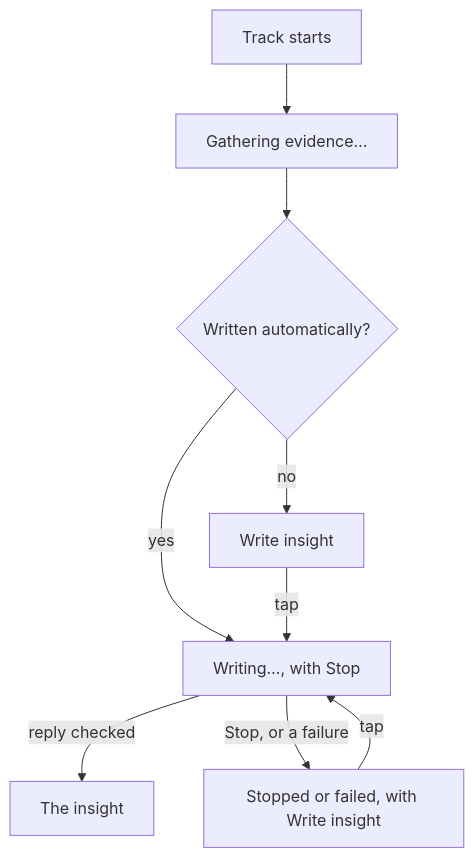
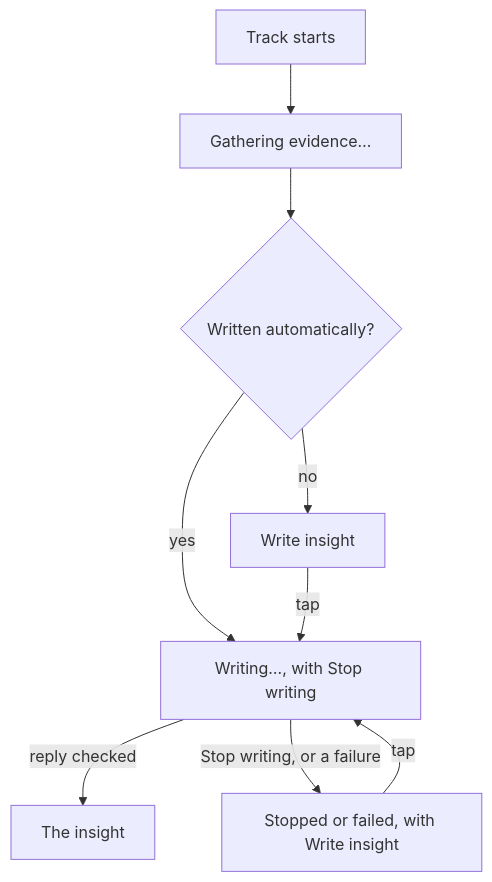
Before and after one commit to wkusnierczyk/sleevesight: the diagram in docs/tutorials/usage/index.md, drawn with Mermaid. The commit also changed other lines of this file and 41 other files, not shown here.

First line of the commit message:
[BUG] Insight card: Write insight or Rewrite insight only; modes On demand, On track change (auto), On track skip (auto) (#641)

````diff
--- a/docs/tutorials/usage/index.md
+++ b/docs/tutorials/usage/index.md
@@ -166,11 +166,11 @@
 ```mermaid
 flowchart TD
   A[Track starts] --> B[Gathering evidence…]
   B --> C{Written automatically?}
-  C -- yes --> D[Writing…, with Stop]
+  C -- yes --> D[Writing…, with Stop writing]
   C -- no --> E[Write insight]
   E -- tap --> D
   D -- reply checked --> F[The insight]
-  D -- Stop, or a failure --> G[Stopped or failed, with Write insight]
+  D -- Stop writing, or a failure --> G[Stopped or failed, with Write insight]
   G -- tap --> D
 ```
````
